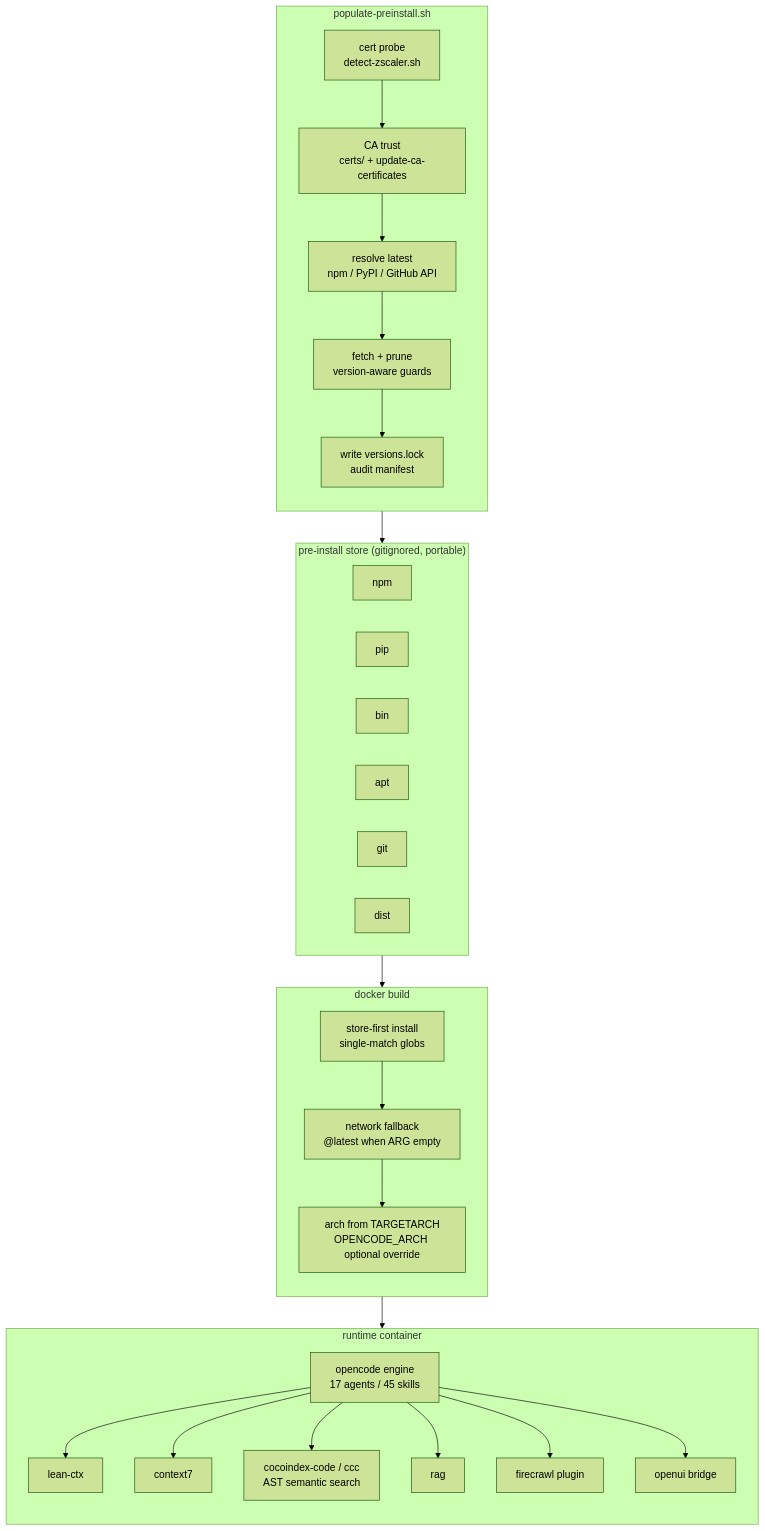
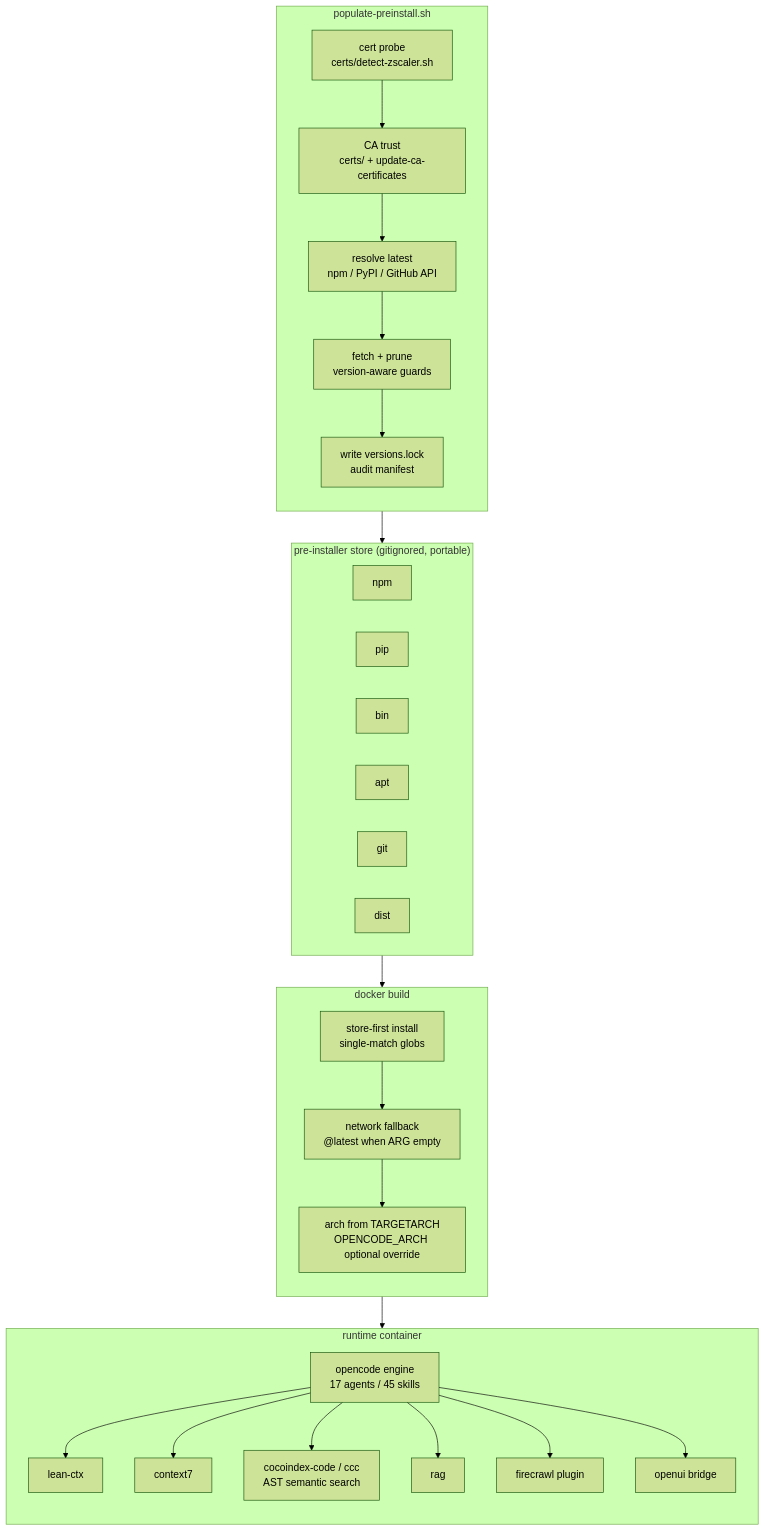
The first of 2 diagrams in workspace/agents/opencode/docs/opencode-workflow.md (RizkiRachman/utility), drawn with Mermaid (forest theme) before and after one commit. The commit also changed 19 other files, not shown here.

Commit message:
refactor(workspace): single-source certs/ and pre-installer/ at workspace root, submodules consume via sync script and build context

````diff
--- a/workspace/agents/opencode/docs/opencode-workflow.md
+++ b/workspace/agents/opencode/docs/opencode-workflow.md
@@ -10,41 +10,41 @@
 ```mermaid
 flowchart TB
     subgraph POP["populate-preinstall.sh"]
         direction TB
-        P1["cert probe<br/>detect-zscaler.sh"] --> P2["CA trust<br/>certs/ + update-ca-certificates"]
+        P1["cert probe<br/>certs/detect-zscaler.sh"] --> P2["CA trust<br/>certs/ + update-ca-certificates"]
         P2 --> P3["resolve latest<br/>npm / PyPI / GitHub API"]
         P3 --> P4["fetch + prune<br/>version-aware guards"]
         P4 --> P5["write versions.lock<br/>audit manifest"]
     end
 
-    subgraph STORE["pre-install store (gitignored, portable)"]
+    subgraph STORE["pre-installer store (gitignored, portable)"]
         direction LR
         S1["npm"]
         S2["pip"]
         S3["bin"]
         S4["apt"]
         S5["git"]
         S6["dist"]
     end
 
     subgraph BUILD["docker build"]
         direction TB
         B1["store-first install<br/>single-match globs"] --> B2["network fallback<br/>@latest when ARG empty"]
         B2 --> B3["arch from TARGETARCH<br/>OPENCODE_ARCH optional override"]
     end
 
     subgraph RUN["runtime container"]
         direction TB
         R1["opencode engine<br/>17 agents / 45 skills"]
         R1 --> R2["lean-ctx"]
         R1 --> R3["context7"]
         R1 --> R4["cocoindex-code / ccc<br/>AST semantic search"]
         R1 --> R5["rag"]
         R1 --> R6["firecrawl plugin"]
         R1 --> R7["openui bridge"]
     end
 
     P5 --> S1
     STORE --> B1
     B3 --> R1
 ```
````
